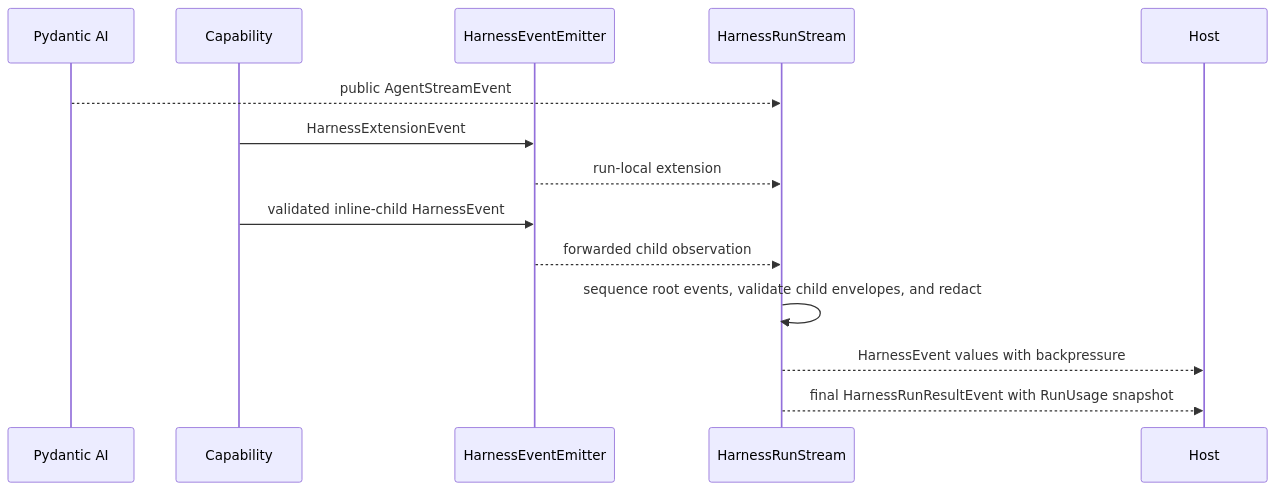
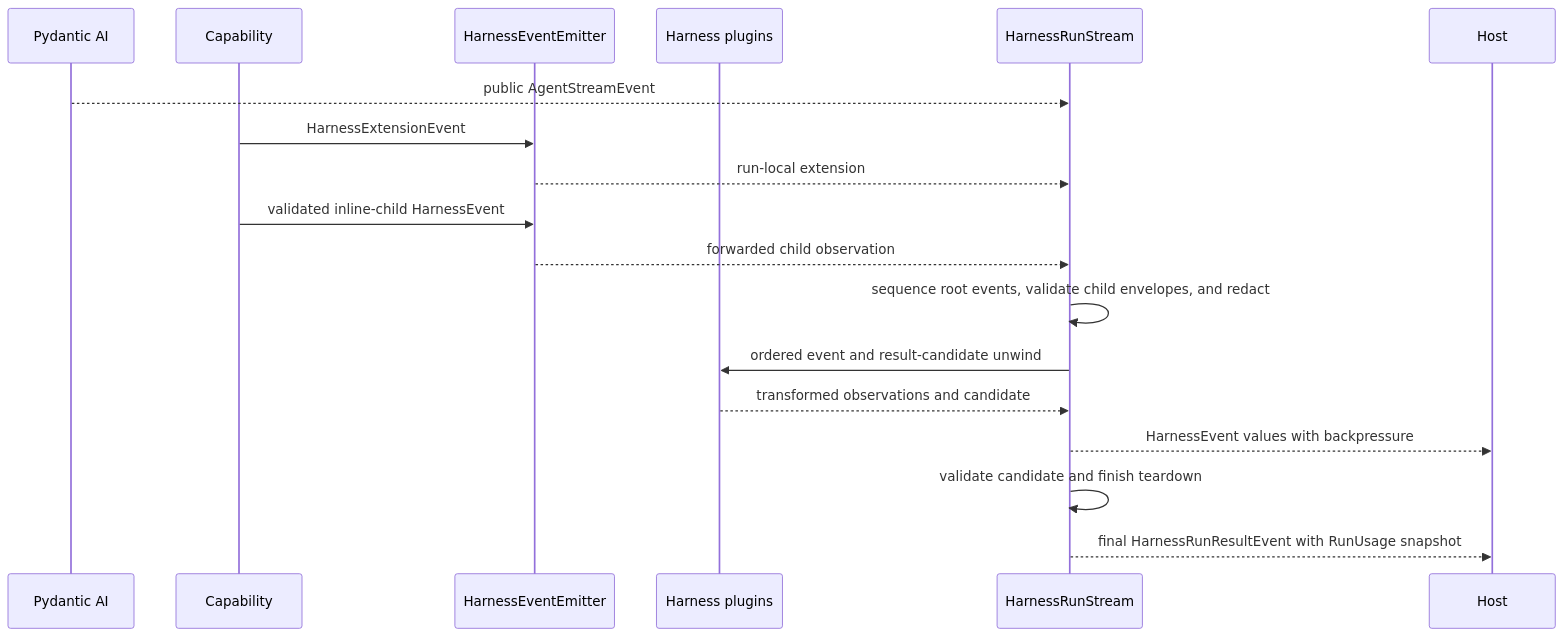
One commit to LTThreeComma/agent-foundation changed the first of 2 diagrams in spec/agent-harness/12-events-observability-and-usage.md. Above: the diagram before and after it, drawn with Mermaid. The commit also changed other lines of this file and 21 other files, not shown here.

````diff
--- a/spec/agent-harness/12-events-observability-and-usage.md
+++ b/spec/agent-harness/12-events-observability-and-usage.md
@@ -47,17 +47,21 @@
 ```mermaid
 sequenceDiagram
     participant PAI as Pydantic AI
     participant Capability
     participant Emitter as HarnessEventEmitter
+    participant Plugins as Harness plugins
     participant Stream as HarnessRunStream
     participant Host
 
     PAI-->>Stream: public AgentStreamEvent
     Capability->>Emitter: HarnessExtensionEvent
     Emitter-->>Stream: run-local extension
     Capability->>Emitter: validated inline-child HarnessEvent
     Emitter-->>Stream: forwarded child observation
     Stream->>Stream: sequence root events, validate child envelopes, and redact
+    Stream->>Plugins: ordered event and result-candidate unwind
+    Plugins-->>Stream: transformed observations and candidate
     Stream-->>Host: HarnessEvent values with backpressure
+    Stream->>Stream: validate candidate and finish teardown
     Stream-->>Host: final HarnessRunResultEvent with RunUsage snapshot
 ```
````
